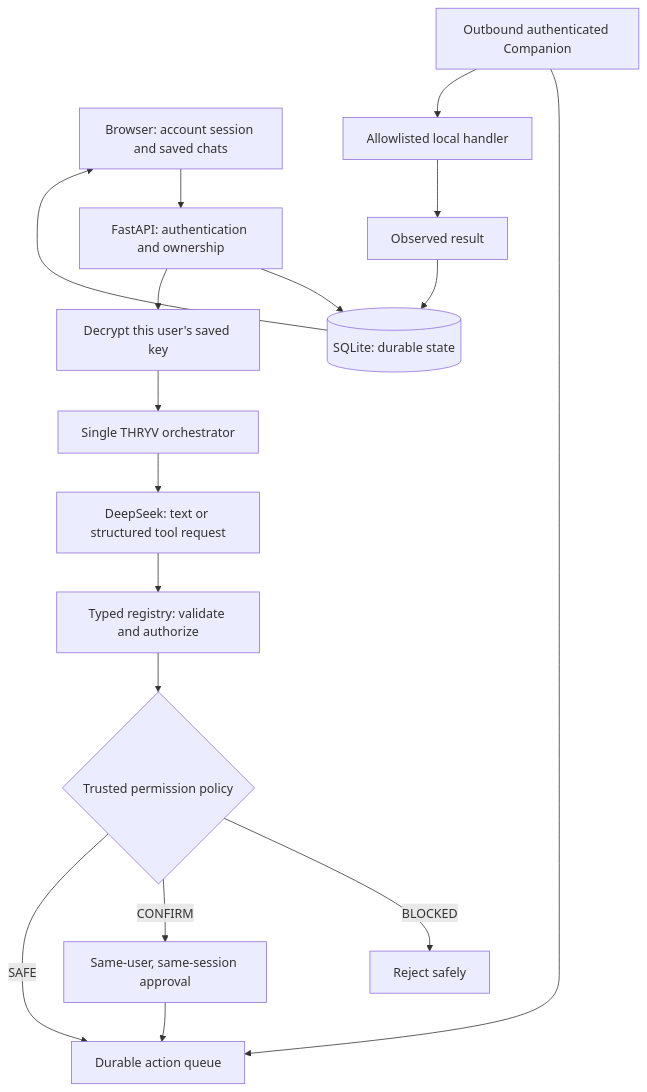
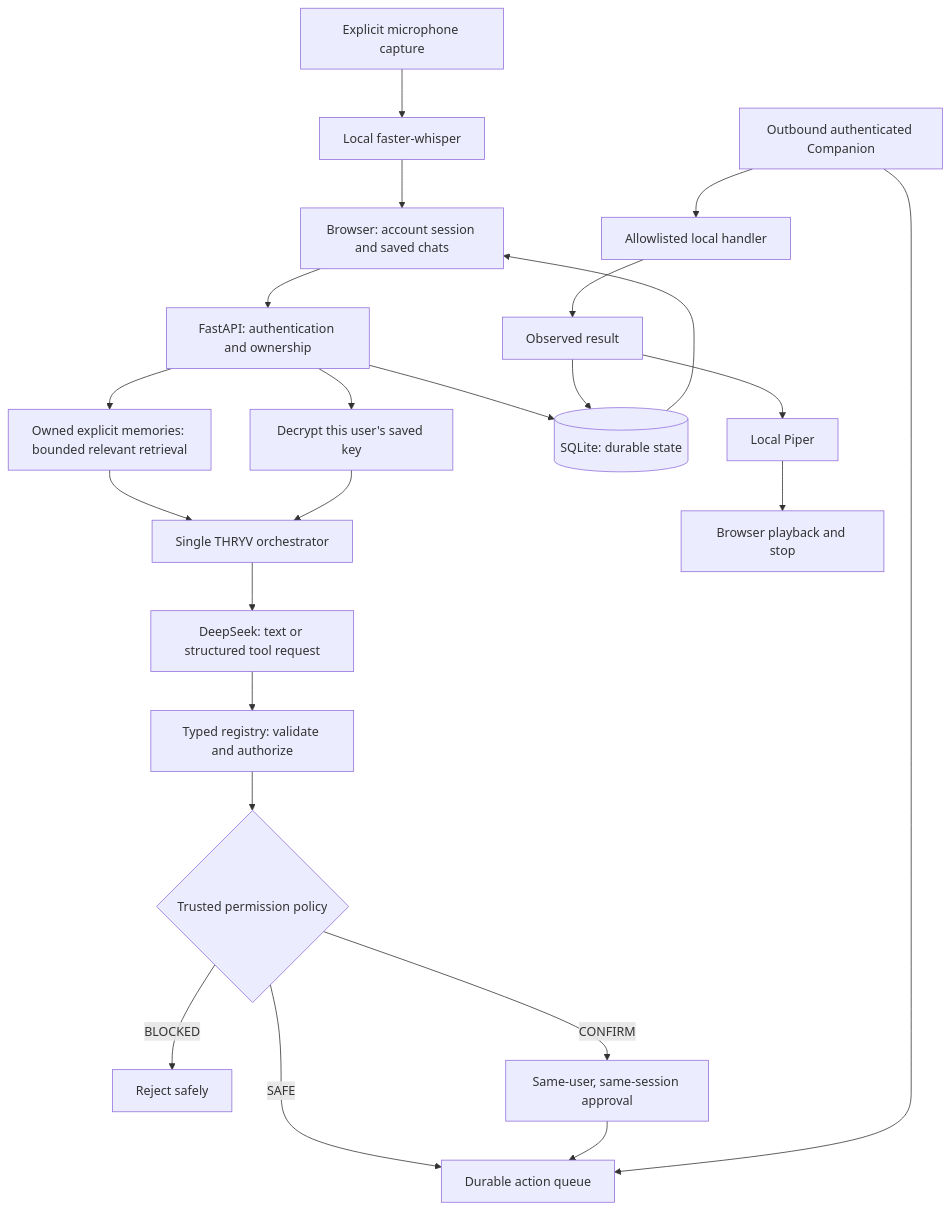
The diagram in README.md (RecursiveOm/THRYV), drawn with Mermaid before and after one commit. The commit also changed other lines of this file and 52 other files, not shown here.

````diff
--- a/README.md
+++ b/README.md
@@ -13,19 +18,25 @@
 ```mermaid
 flowchart TD
-    UI[Browser: account session and saved chats] --> API[FastAPI: authentication and ownership]
+    Mic[Explicit microphone capture] --> STT[Local faster-whisper]
+    STT --> UI[Browser: account session and saved chats]
+    UI --> API[FastAPI: authentication and ownership]
+    API --> Memories[Owned explicit memories: bounded relevant retrieval]
+    Memories --> O
+    Result[Observed reply] --> TTS[Local Piper]
+    TTS --> Speaker[Browser playback and stop]
     API --> DB[(SQLite: durable state)]
     API --> Vault[Decrypt this user's saved key]
     Vault --> O[Single THRYV orchestrator]
     O --> Model[DeepSeek: text or structured tool request]
     Model --> Registry[Typed registry: validate and authorize]
     Registry --> Permission{Trusted permission policy}
     Permission -->|BLOCKED| Reject[Reject safely]
     Permission -->|CONFIRM| Approval[Same-user, same-session approval]
     Permission -->|SAFE| Queue[Durable action queue]
     Approval --> Queue
     Companion[Outbound authenticated Companion] --> Queue
     Companion --> Handler[Allowlisted local handler]
     Handler --> Result[Observed result]
     Result --> DB
     DB --> UI
 ```
````
